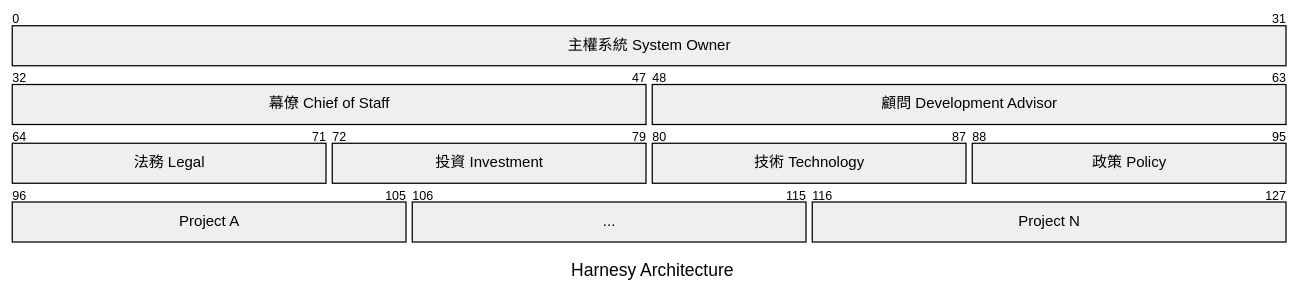
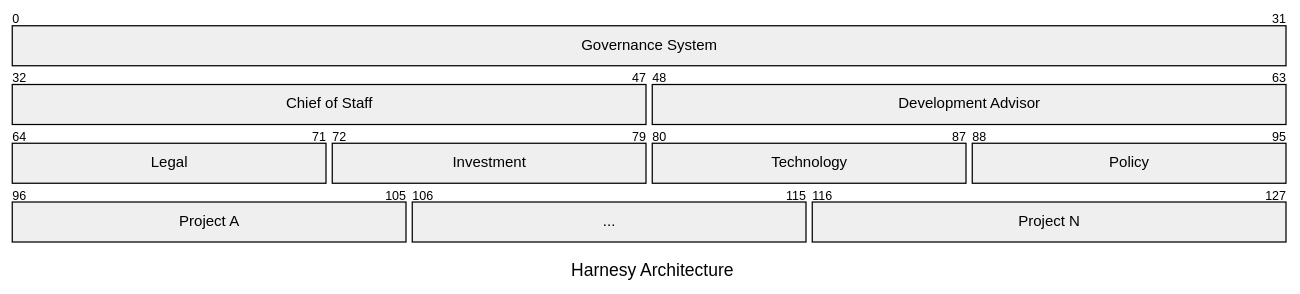
The third of 3 diagrams in profile/README.md (MarkovChenITRI/.github), drawn with Mermaid before and after one commit.

````diff
--- a/profile/README.md
+++ b/profile/README.md
@@ -105,16 +105,16 @@
 ```mermaid
 ---
 title: Harnesy Architecture
 ---
 packet
-0-31: "主權系統 System Owner"
-32-47: "幕僚 Chief of Staff"
-48-63: "顧問 Development Advisor"
-64-71: "法務 Legal"
-72-79: "投資 Investment"
-80-87: "技術 Technology"
-88-95: "政策 Policy"
+0-31: "Governance System"
+32-47: "Chief of Staff"
+48-63: "Development Advisor"
+64-71: "Legal"
+72-79: "Investment"
+80-87: "Technology"
+88-95: "Policy"
 96-105: "Project A"
 106-115: "..."
 116-127: "Project N"
 ```
````
